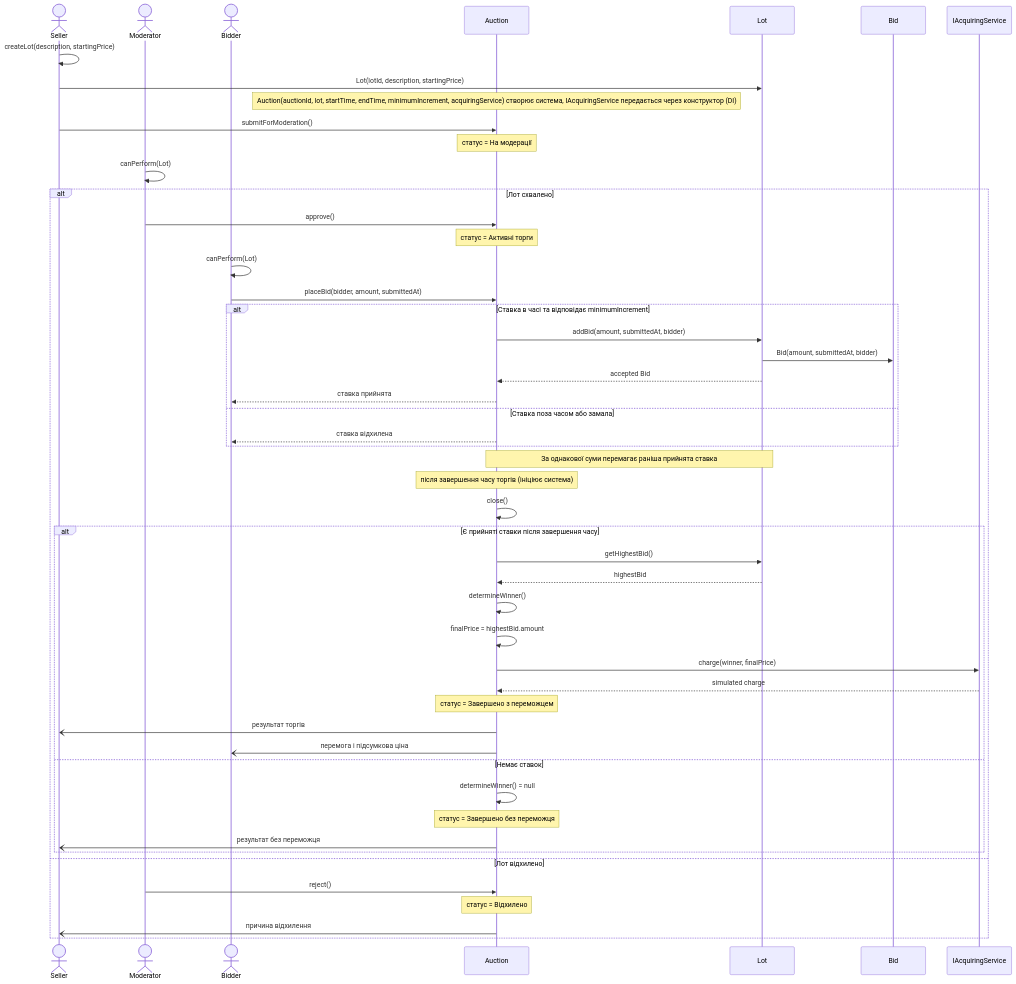
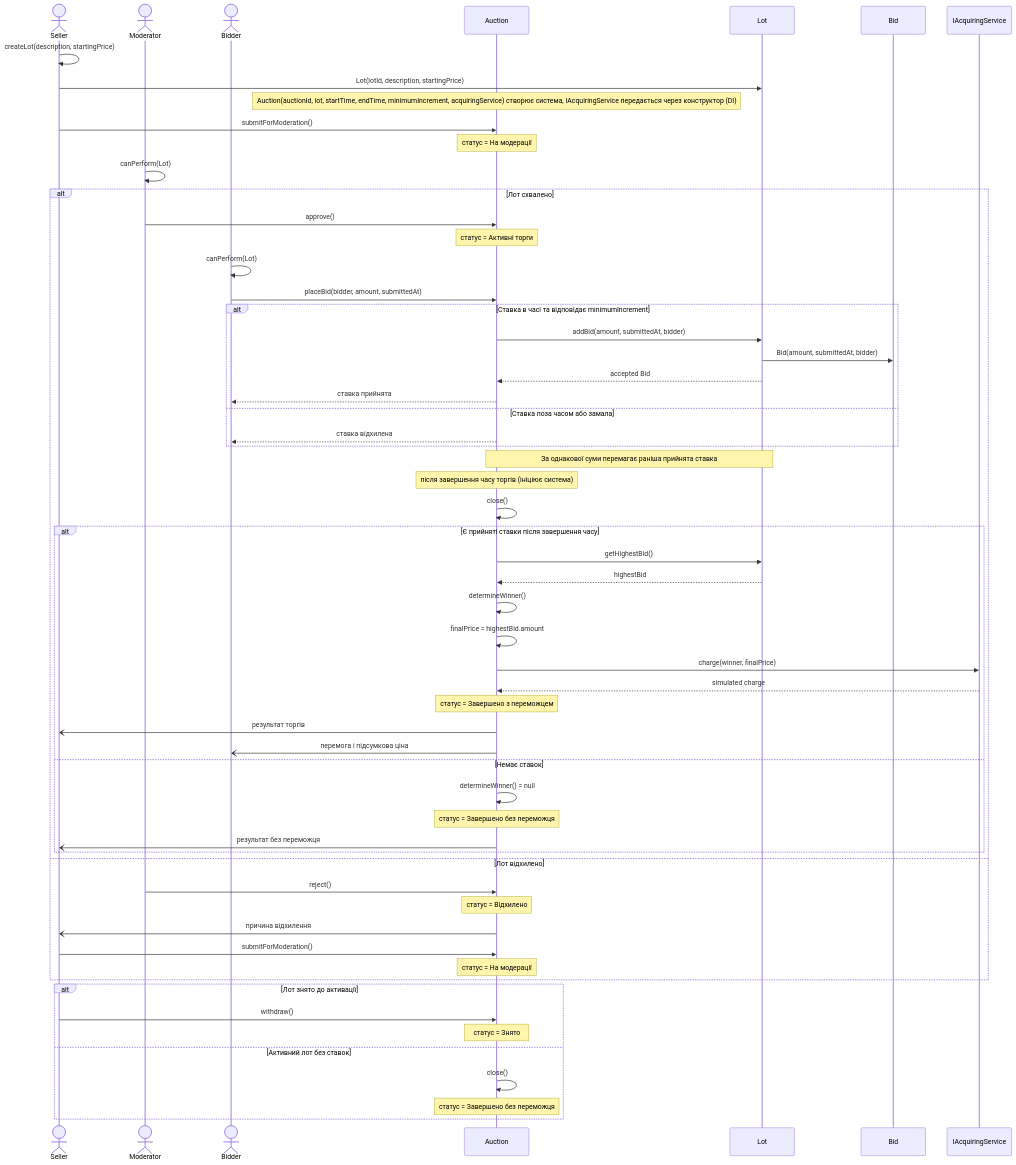
Before and after one commit to KitoragiVioleta/onlineauction: the diagram in docs/sequence.mmd, drawn with Mermaid. The commit also changed 17 other files, not shown here.

```diff
--- a/docs/sequence.mmd
+++ b/docs/sequence.mmd
@@ -1,51 +1,60 @@
 sequenceDiagram
   actor Seller
   actor Moderator
   actor Bidder
   participant Auction
   participant Lot
   participant Bid
   participant IAcquiringService
 
   Seller->>Seller: createLot(description, startingPrice)
   Seller->>Lot: Lot(lotId, description, startingPrice)
   Note over Auction: Auction(auctionId, lot, startTime, endTime, minimumIncrement, acquiringService) створює система, IAcquiringService передається через конструктор (DI)
   Seller->>Auction: submitForModeration()
   Note over Auction: статус = На модерації
   Moderator->>Moderator: canPerform(Lot)
   alt Лот схвалено
     Moderator->>Auction: approve()
     Note over Auction: статус = Активні торги
     Bidder->>Bidder: canPerform(Lot)
     Bidder->>Auction: placeBid(bidder, amount, submittedAt)
     alt Ставка в часі та відповідає minimumIncrement
       Auction->>Lot: addBid(amount, submittedAt, bidder)
       Lot->>Bid: Bid(amount, submittedAt, bidder)
       Lot-->>Auction: accepted Bid
       Auction-->>Bidder: ставка прийнята
     else Ставка поза часом або замала
       Auction-->>Bidder: ставка відхилена
     end
     Note over Auction,Lot: За однакової суми перемагає раніша прийнята ставка
     Note over Auction: після завершення часу торгів (ініціює система)
     Auction->>Auction: close()
     alt Є прийняті ставки після завершення часу
       Auction->>Lot: getHighestBid()
       Lot-->>Auction: highestBid
       Auction->>Auction: determineWinner()
       Auction->>Auction: finalPrice = highestBid.amount
       Auction->>IAcquiringService: charge(winner, finalPrice)
       IAcquiringService-->>Auction: simulated charge
       Note over Auction: статус = Завершено з переможцем
       Auction-)Seller: результат торгів
       Auction-)Bidder: перемога і підсумкова ціна
     else Немає ставок
       Auction->>Auction: determineWinner() = null
       Note over Auction: статус = Завершено без переможця
       Auction-)Seller: результат без переможця
     end
   else Лот відхилено
     Moderator->>Auction: reject()
     Note over Auction: статус = Відхилено
     Auction-)Seller: причина відхилення
+    Seller->>Auction: submitForModeration()
+    Note over Auction: статус = На модерації
   end
+  alt Лот знято до активації
+    Seller->>Auction: withdraw()
+    Note over Auction: статус = Знято
+  else Активний лот без ставок
+    Auction->>Auction: close()
+    Note over Auction: статус = Завершено без переможця
+  end
```
